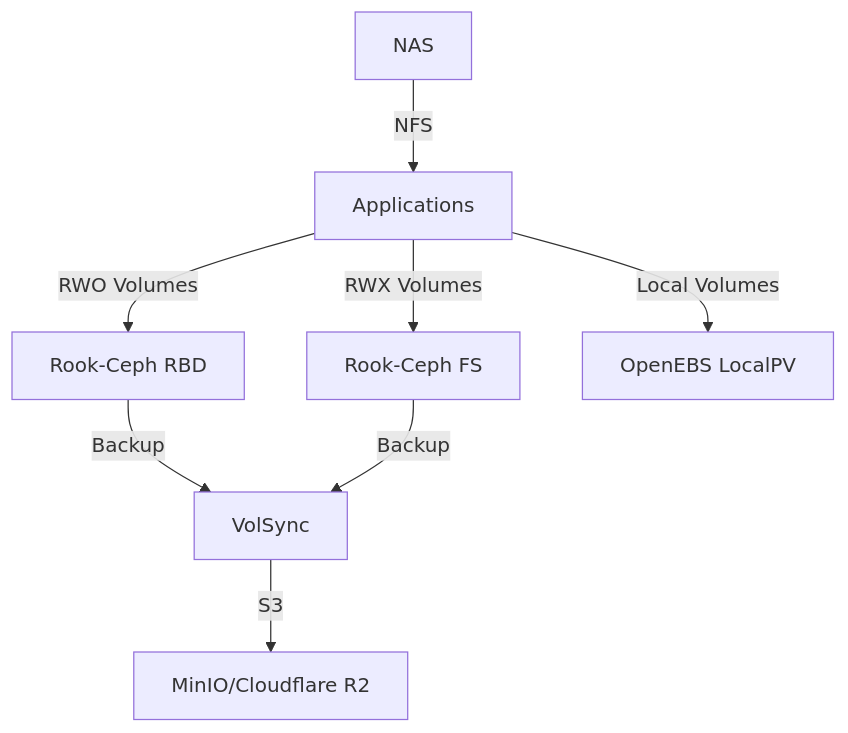
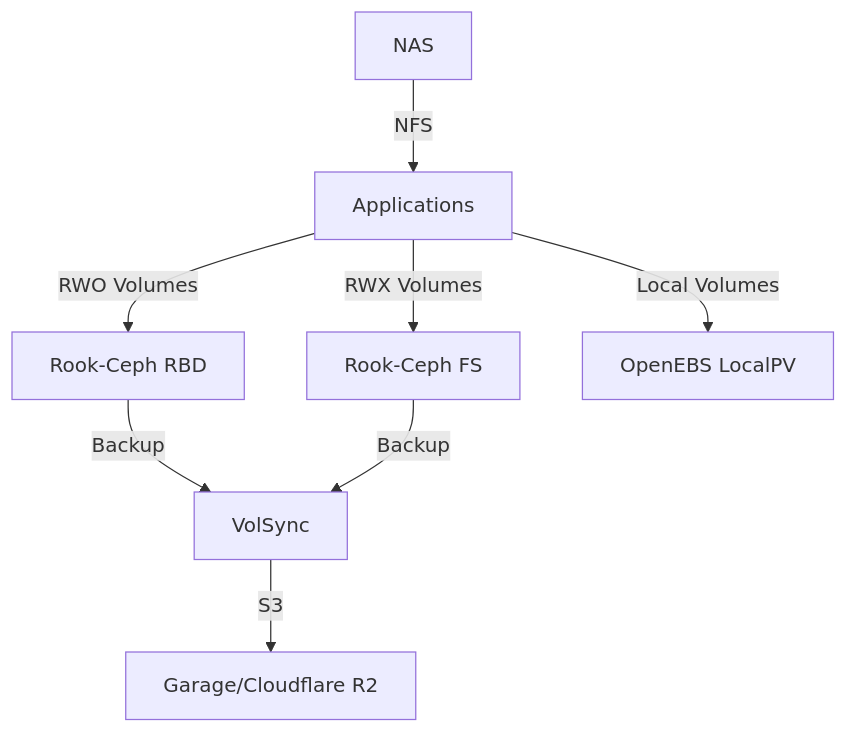
One commit to adampetrovic/home-ops changed the third of 3 diagrams in README.md. Above: the diagram before and after it, drawn with Mermaid. The commit also changed other lines of this file and 2 other files, not shown here.

First line of the commit message:
docs: update remaining minio references to garage

````diff
--- a/README.md
+++ b/README.md
@@ -211,10 +211,10 @@
 ```mermaid
 graph TD
     A[Applications] -->|RWO Volumes| B[Rook-Ceph RBD]
     A -->|RWX Volumes| C[Rook-Ceph FS]
     A -->|Local Volumes| D[OpenEBS LocalPV]
     B -->|Backup| E[VolSync]
     C -->|Backup| E
-    E -->|S3| F[MinIO/Cloudflare R2]
+    E -->|S3| F[Garage/Cloudflare R2]
     G[NAS] -->|NFS| A
 ```
````
